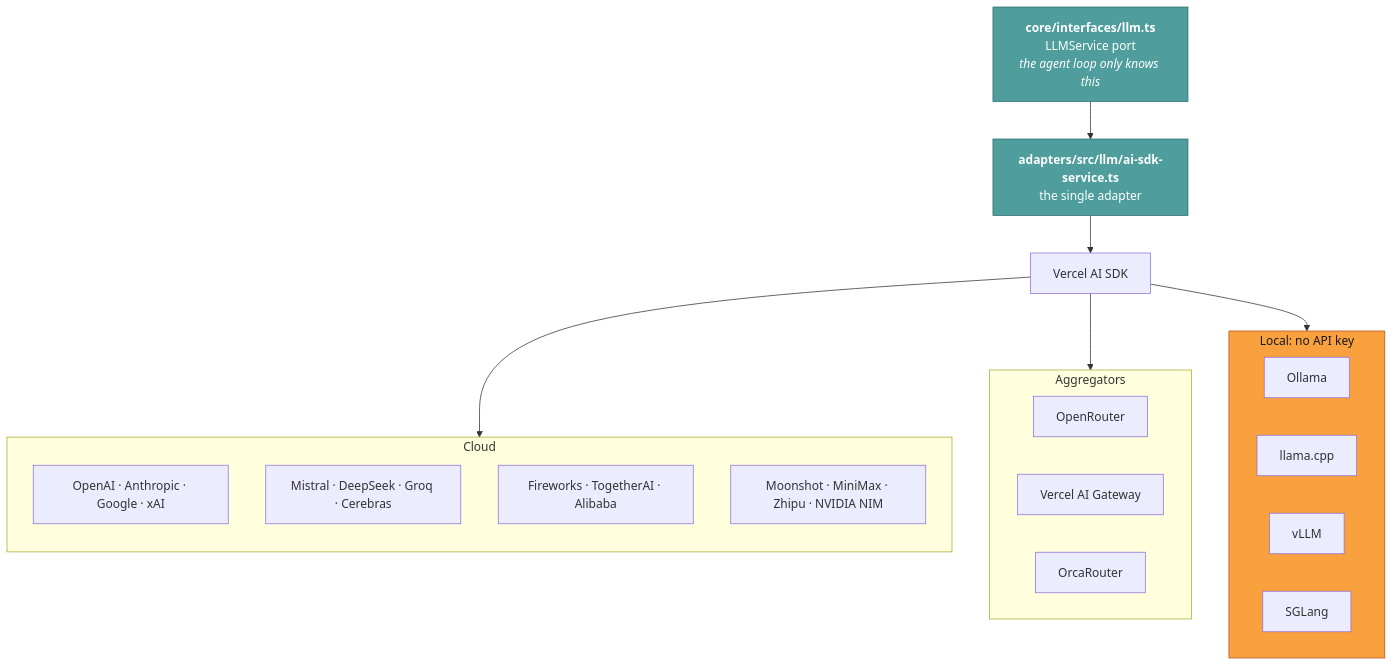
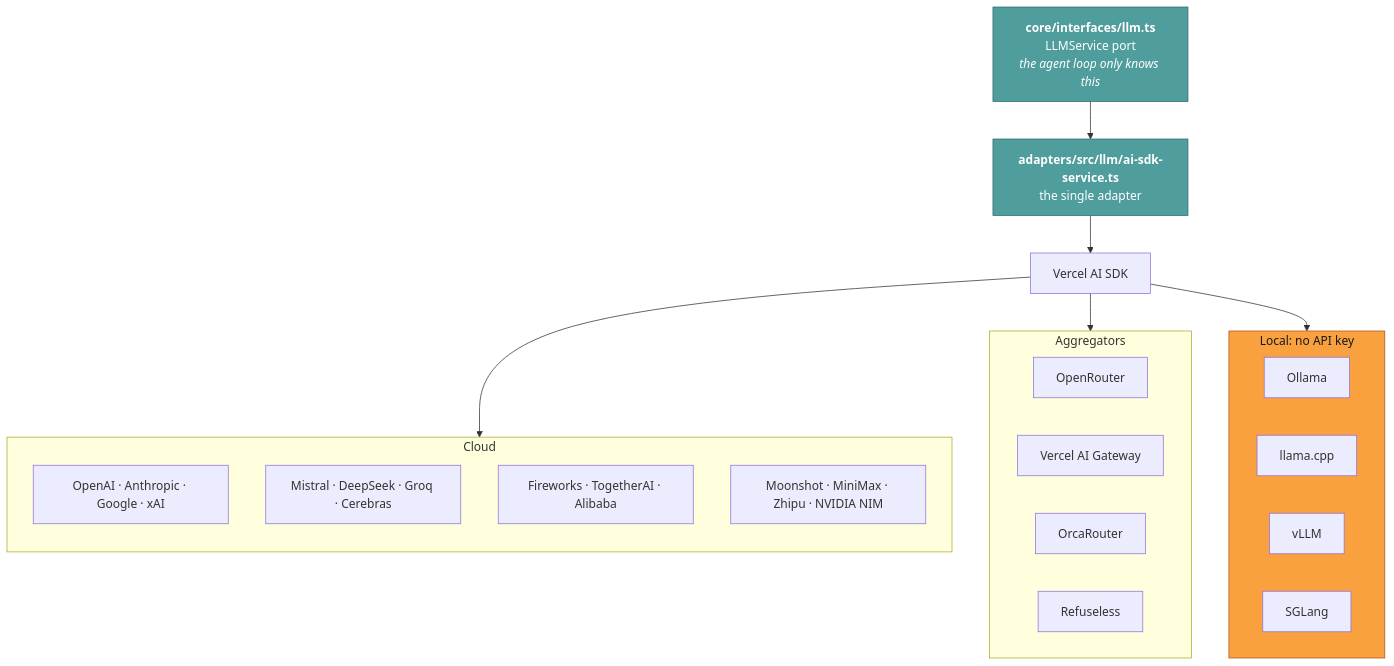
Before and after one commit to lvndry/jazz: the first of 3 diagrams in docs/maintainers/add-a-provider.md, drawn with Mermaid. The commit also changed other lines of this file and 18 other files, not shown here.

````diff
--- a/docs/maintainers/add-a-provider.md
+++ b/docs/maintainers/add-a-provider.md
@@ -22,37 +22,38 @@
 ```mermaid
 flowchart TB
     CORE["<b>core/interfaces/llm.ts</b><br/>LLMService port<br/><i>the agent loop only knows this</i>"]
     IMPL["<b>adapters/src/llm/ai-sdk-service.ts</b><br/>the single adapter"]
     SDK["Vercel AI SDK"]
 
     subgraph cloud["Cloud"]
         direction TB
         C1["OpenAI · Anthropic · Google · xAI"]
         C2["Mistral · DeepSeek · Groq · Cerebras"]
         C3["Fireworks · TogetherAI · Alibaba"]
         C4["Moonshot · MiniMax · Zhipu · NVIDIA NIM"]
     end
 
     subgraph aggregators["Aggregators"]
         A1["OpenRouter"]
         A2["Vercel AI Gateway"]
         A3["OrcaRouter"]
+        A4["Refuseless"]
     end
 
     subgraph local["Local: no API key"]
         L1["Ollama"]
         L2["llama.cpp"]
         L3["vLLM"]
         L4["SGLang"]
     end
 
     CORE --> IMPL --> SDK
     SDK --> cloud
     SDK --> aggregators
     SDK --> local
 
     classDef core fill:#4f9d9d,stroke:#2f6d6d,color:#ffffff
     classDef free fill:#f9a03f,stroke:#b3541e,color:#1a1a1a
     class CORE,IMPL core
     class local free
 ```
````
